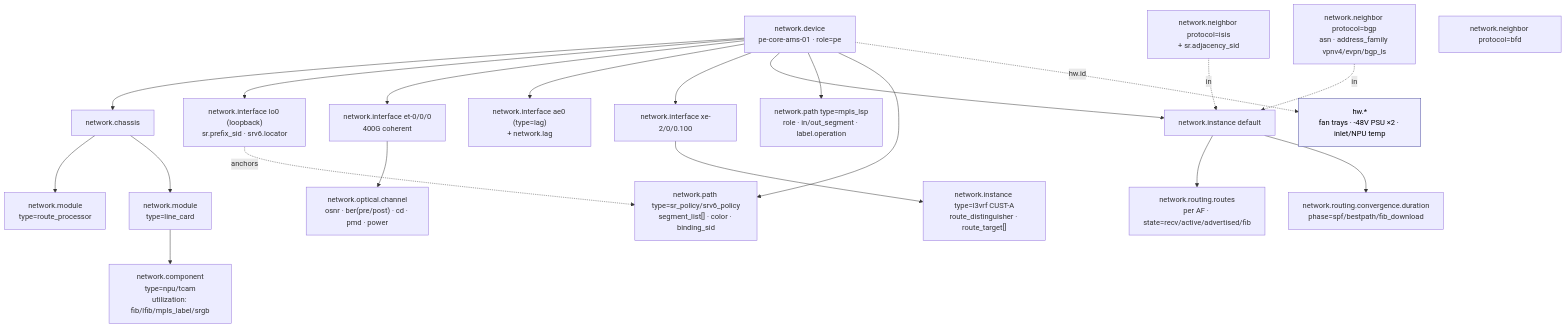
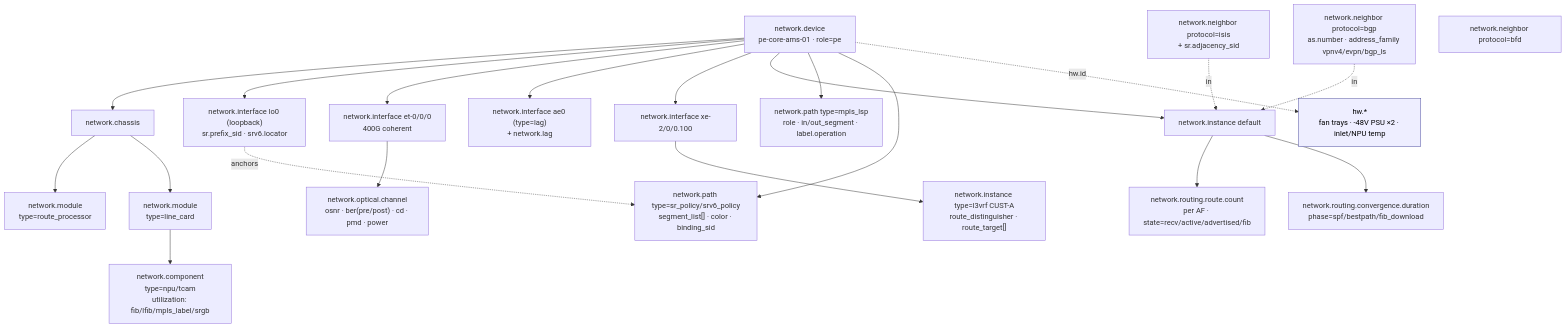
Before and after one commit to jksmth/semantic-conventions-network: the diagram in examples/core-router/README.md, drawn with Mermaid. The commit also changed other lines of this file and 297 other files, not shown here.

````diff
--- a/examples/core-router/README.md
+++ b/examples/core-router/README.md
@@ -59,49 +59,49 @@
 ```mermaid
 graph TD
     DEV["network.device<br/>pe-core-ams-01 · role=pe"]
     CH["network.chassis"]
     RP["network.module<br/>type=route_processor"]
     LC["network.module<br/>type=line_card"]
     NPU["network.component<br/>type=npu/tcam<br/>utilization: fib/lfib/mpls_label/srgb"]
 
     LO0["network.interface lo0 (loopback)<br/>sr.prefix_sid · srv6.locator"]
     ET0["network.interface et-0/0/0<br/>400G coherent"]
     AE0["network.interface ae0 (type=lag)<br/>+ network.lag"]
     SUBIF["network.interface xe-2/0/0.100"]
 
     OCH["network.optical.channel<br/>osnr · ber(pre/post) · cd · pmd · power"]
 
     INSTD["network.instance default"]
     INSTV["network.instance type=l3vrf CUST-A<br/>route_distinguisher · route_target[]"]
 
     ISIS["network.neighbor protocol=isis<br/>+ sr.adjacency_sid"]
-    BGP["network.neighbor protocol=bgp<br/>asn · address_family vpnv4/evpn/bgp_ls"]
+    BGP["network.neighbor protocol=bgp<br/>as.number · address_family vpnv4/evpn/bgp_ls"]
     BFD["network.neighbor protocol=bfd"]
 
-    RT["network.routing.routes<br/>per AF · state=recv/active/advertised/fib"]
+    RT["network.routing.route.count<br/>per AF · state=recv/active/advertised/fib"]
     CONV["network.routing.convergence.duration<br/>phase=spf/bestpath/fib_download"]
 
     LSP["network.path type=mpls_lsp<br/>role · in/out_segment · label.operation"]
     SRP["network.path type=sr_policy/srv6_policy<br/>segment_list[] · color · binding_sid"]
 
     HW["hw.*<br/>fan trays · -48V PSU ×2 · inlet/NPU temp"]
 
     DEV --> CH --> RP
     CH --> LC --> NPU
     DEV --> LO0
     DEV --> ET0 --> OCH
     DEV --> AE0
     DEV --> SUBIF --> INSTV
     DEV --> INSTD
     ISIS -. in .-> INSTD
     BGP -. in .-> INSTD
     INSTD --> RT
     INSTD --> CONV
     LO0 -. anchors .-> SRP
     DEV --> LSP
     DEV --> SRP
     DEV -.->|hw.id| HW
 
     classDef hw fill:#eef,stroke:#449,color:#000;
     HW:::hw
 ```
````
